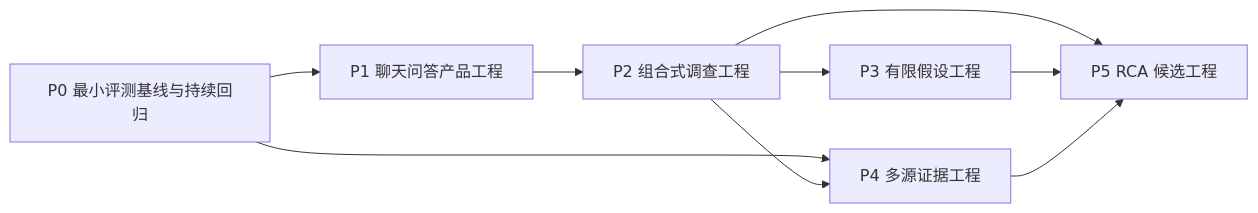
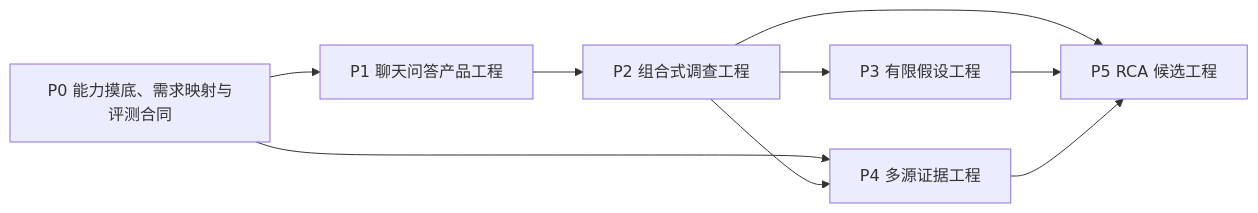
The diagram in docs/agent/国家中断Agent建设总纲.md (xinghuahewo/domeye_), drawn with Mermaid before and after one commit. The commit also changed other lines of this file and 4 other files, not shown here.

````diff
--- a/docs/agent/国家中断Agent建设总纲.md
+++ b/docs/agent/国家中断Agent建设总纲.md
@@ -43,11 +44,11 @@
 ```mermaid
 flowchart LR
-    P0["P0 最小评测基线与持续回归"] --> P1["P1 聊天问答产品工程"]
+    P0["P0 能力摸底、需求映射与评测合同"] --> P1["P1 聊天问答产品工程"]
     P1 --> P2["P2 组合式调查工程"]
     P2 --> P3["P3 有限假设工程"]
     P0 --> P4["P4 多源证据工程"]
     P2 --> P4
     P2 --> P5["P5 RCA 候选工程"]
     P3 --> P5
     P4 --> P5
 ```
````
